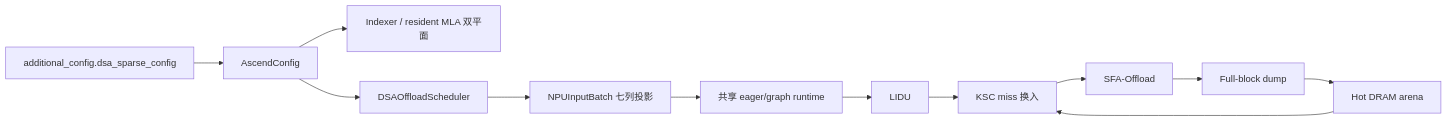
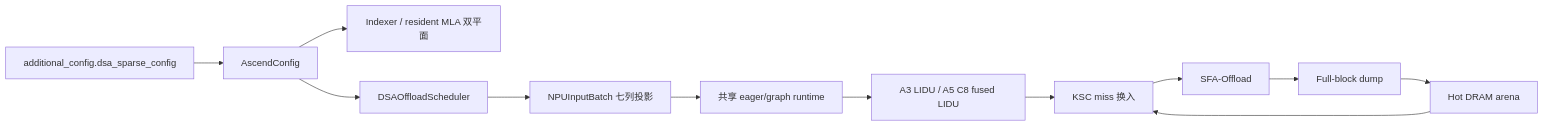
Before and after one commit to ader47/vllm-ascend: the diagram in README.md, drawn with Mermaid. The commit also changed other lines of this file and 37 other files, not shown here.

````diff
--- a/README.md
+++ b/README.md
@@ -29,14 +30,14 @@
 ```mermaid
 flowchart LR
     C["additional_config.dsa_sparse_config"] --> A["AscendConfig"]
     A --> K["Indexer / resident MLA 双平面"]
     A --> S["DSAOffloadScheduler"]
     S --> I["NPUInputBatch 七列投影"]
     I --> R["共享 eager/graph runtime"]
-    R --> L["LIDU"]
+    R --> L["A3 LIDU / A5 C8 fused LIDU"]
     L --> X["KSC miss 换入"]
     X --> F["SFA-Offload"]
     D["Hot DRAM arena"] --> X
     F --> U["Full-block dump"]
     U --> D
 ```
````
